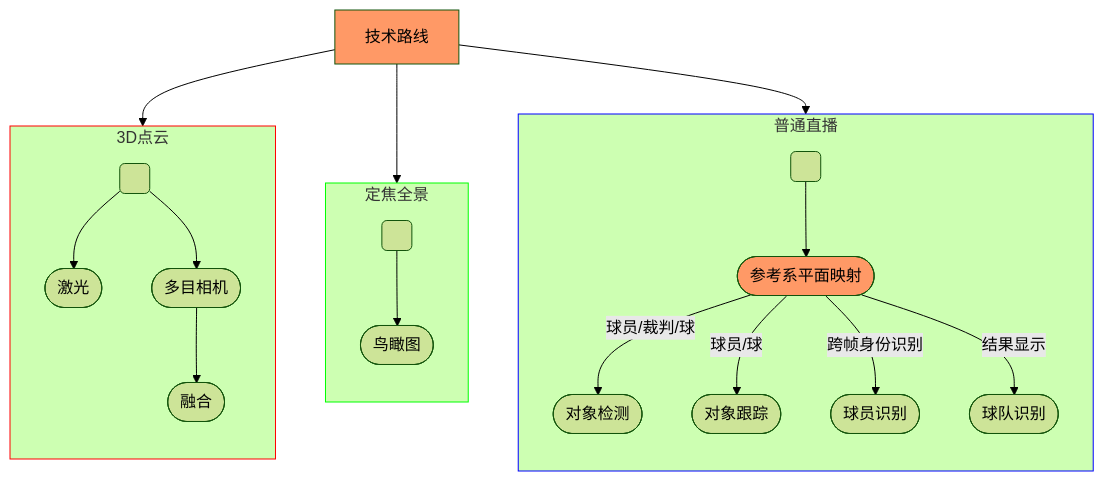
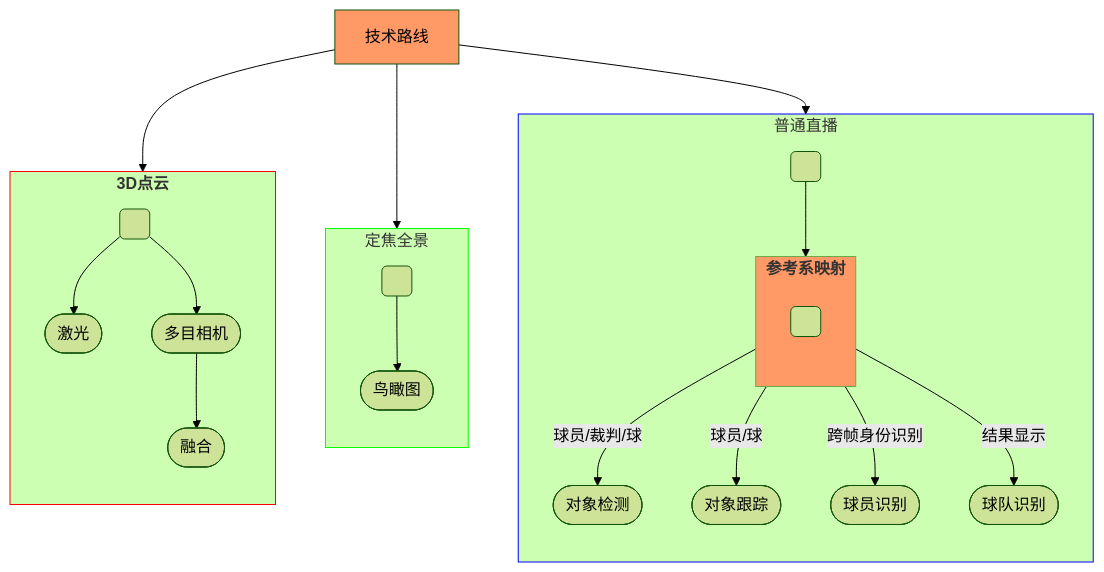
The diagram in docs/advanced_research.md (qrsforever/hzcsbet), drawn with Mermaid (forest theme) before and after one commit. The commit also changed other lines of this file and 24 other files, not shown here.

````diff
--- a/docs/advanced_research.md
+++ b/docs/advanced_research.md
@@ -3,46 +3,49 @@
 ```mermaid
 flowchart TB
     %% 足球视频分析框架
     classDef R stroke:#F00
     classDef G stroke:#0F0
     classDef B stroke:#00F
     classDef S fill:#F96
 
-    subgraph sub1[3D点云]
+    subgraph sub1["`**3D点云**`"]
         direction TB
         empty1( )
         laser1([激光])
         stereo1([多目相机])
         fusion1([融合])
         empty1 --> laser1
         empty1 --> stereo1
         stereo1 --> fusion1
     end
 
     subgraph sub2[定焦全景]
         direction TB
         empty2( )
         airview([鸟瞰图])
         empty2 --> airview
     end
 
     subgraph sub3[普通直播]
         direction TB
         empty3( )
-        remap([参考系平面映射])  
+        subgraph remap["`**参考系映射**`"]
+            direction TB
+            empty31( )
+        end
         detect([对象检测])
         track([对象跟踪])
         identify([球员识别])
         teamrec([球队识别])
         empty3 --> remap:::S
         remap --球员/裁判/球--> detect
         remap --球员/球--> track
         remap --跨帧身份识别--> identify
         remap --结果显示--> teamrec
     end
 
     start[技术路线]:::S
     start --> sub1:::R
     start --> sub2:::G
     start --> sub3:::B
 ```
````
